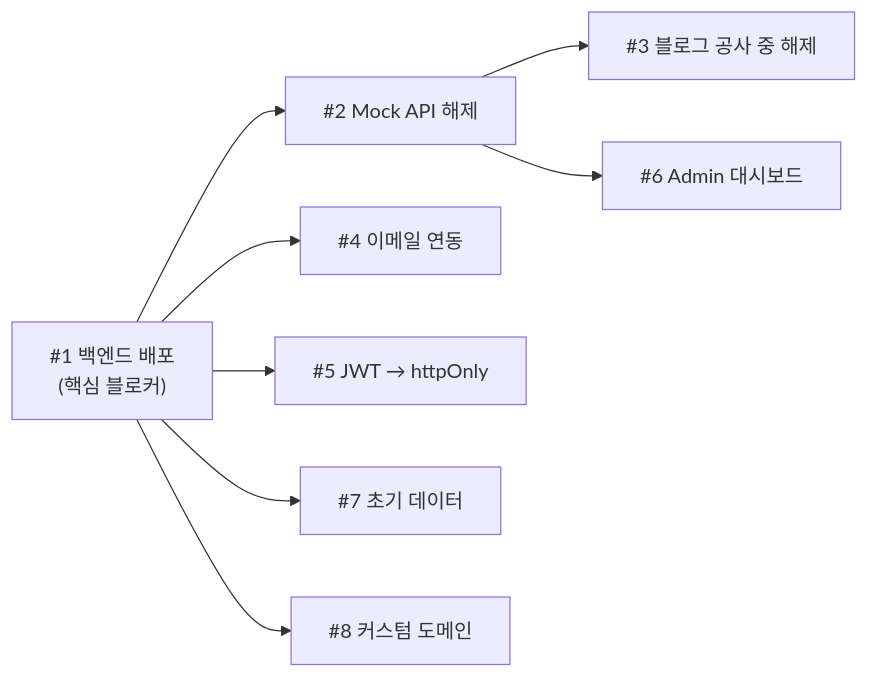
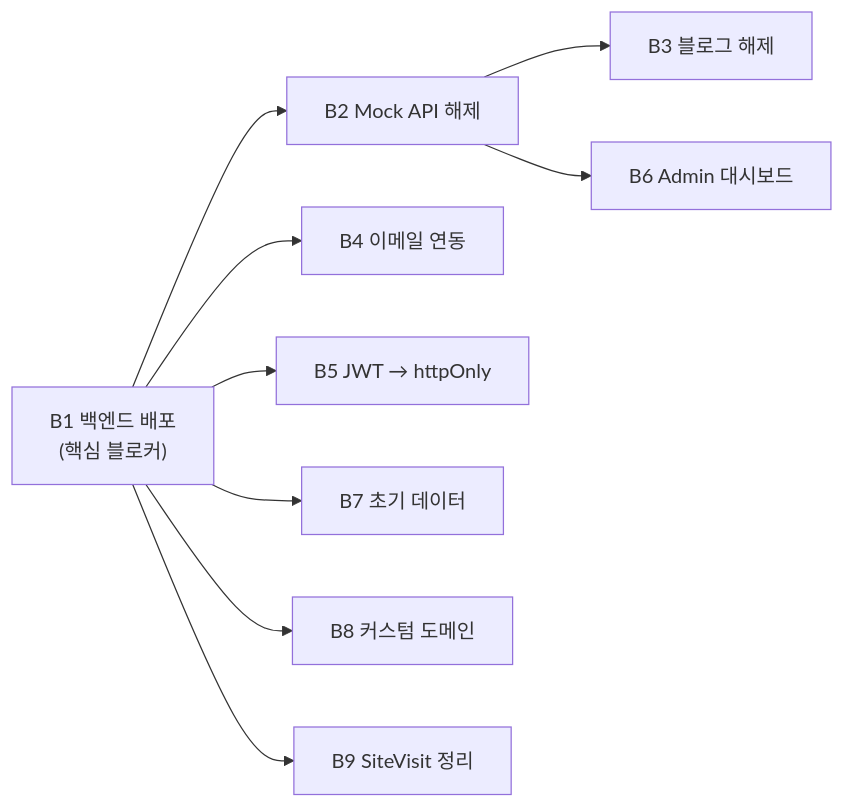
Before and after one commit to researcherhojin/emelmujiro: the second of 2 diagrams in README.md, drawn with Mermaid. The commit also changed other lines of this file, not shown here.

First line of the commit message:
docs: restructure README — remove duplication, fix dates, add B9 to diagram

````diff
--- a/README.md
+++ b/README.md
@@ -264,10 +233,11 @@
 ```mermaid
 graph LR
-    D["#1 백엔드 배포<br/>(핵심 블로커)"] --> M["#2 Mock API 해제"]
-    D --> E["#4 이메일 연동"]
-    D --> S["#5 JWT → httpOnly"]
-    D --> F["#7 초기 데이터"]
-    D --> C["#8 커스텀 도메인"]
-    M --> U["#3 블로그 공사 중 해제"]
-    M --> A["#6 Admin 대시보드"]
+    B1["B1 백엔드 배포<br/>(핵심 블로커)"] --> B2["B2 Mock API 해제"]
+    B1 --> B4["B4 이메일 연동"]
+    B1 --> B5["B5 JWT → httpOnly"]
+    B1 --> B7["B7 초기 데이터"]
+    B1 --> B8["B8 커스텀 도메인"]
+    B1 --> B9["B9 SiteVisit 정리"]
+    B2 --> B3["B3 블로그 해제"]
+    B2 --> B6["B6 Admin 대시보드"]
 ```
````
